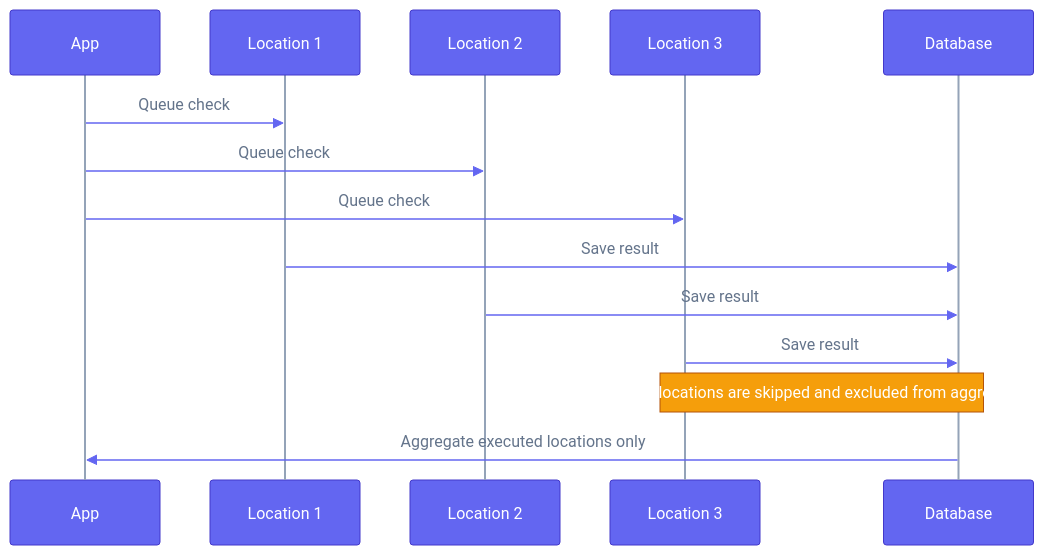
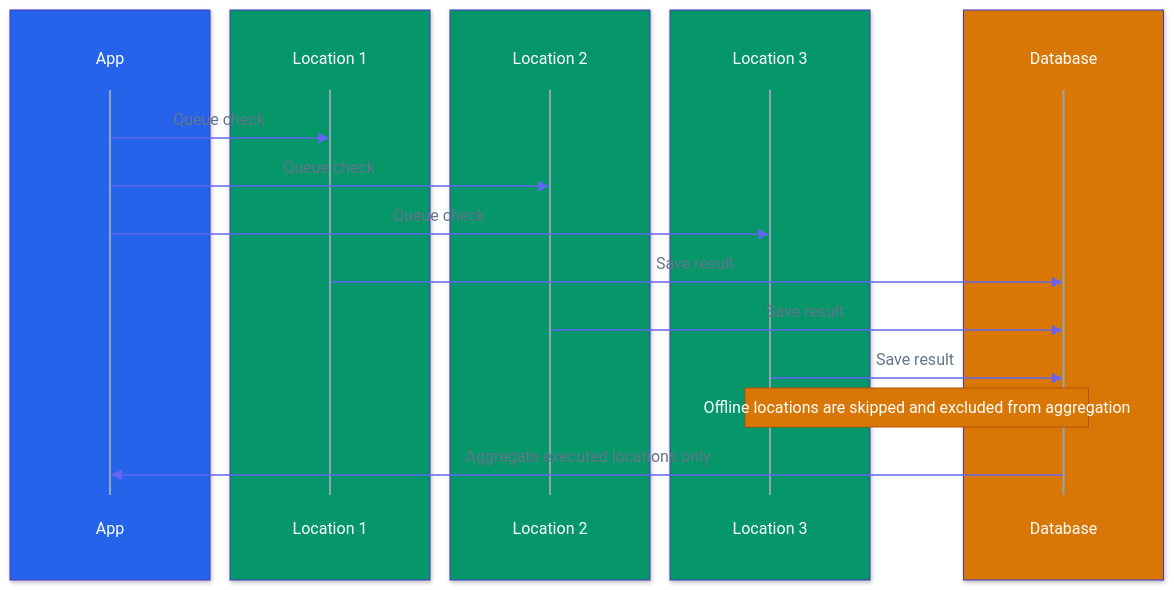
One commit to supercheck-io/supercheck changed the diagram in docs/content/docs/app/monitor.mdx. Above: the diagram before and after it, drawn with Mermaid. The commit also changed 14 other files, not shown here.

First line of the commit message:
docs: reorganize architecture diagram and add color to sequence diagrams

````diff
--- a/docs/content/docs/app/monitor.mdx
+++ b/docs/content/docs/app/monitor.mdx
@@ -172,18 +172,28 @@
 ```mermaid
-%%{init: {"theme":"base","themeVariables":{"fontFamily":"ui-sans-serif, system-ui, -apple-system, Segoe UI, Roboto, sans-serif","primaryColor":"#6366f1","primaryTextColor":"#ffffff","primaryBorderColor":"#4338ca","lineColor":"#94a3b8","actorBkg":"#6366f1","actorBorder":"#4338ca","actorTextColor":"#ffffff","actorLineColor":"#94a3b8","signalColor":"#6366f1","signalTextColor":"#64748b","labelBoxBkgColor":"#f59e0b","labelBoxBorderColor":"#b45309","labelTextColor":"#ffffff","loopTextColor":"#64748b","activationBkgColor":"#8b5cf6","activationBorderColor":"#6d28d9","noteBkgColor":"#f59e0b","noteBorderColor":"#b45309","noteTextColor":"#ffffff","textColor":"#64748b","mainBkg":"#ffffff"}}}%%
+%%{init: {"theme":"base","themeVariables":{"fontFamily":"ui-sans-serif, system-ui, -apple-system, Segoe UI, Roboto, sans-serif","primaryColor":"#6366f1","primaryTextColor":"#ffffff","primaryBorderColor":"#4338ca","lineColor":"#94a3b8","actorBkg":"transparent","actorBorder":"transparent","actorTextColor":"#ffffff","actorLineColor":"#94a3b8","signalColor":"#6366f1","signalTextColor":"#64748b","labelBoxBkgColor":"#d97706","labelBoxBorderColor":"#b45309","labelTextColor":"#ffffff","loopTextColor":"#64748b","activationBkgColor":"#7c3aed","activationBorderColor":"#6d28d9","noteBkgColor":"#d97706","noteBorderColor":"#b45309","noteTextColor":"#ffffff","textColor":"#64748b","mainBkg":"#ffffff"}}}%%
 sequenceDiagram
-    participant App
-    participant L1 as Location 1
-    participant L2 as Location 2
-    participant L3 as Location 3
-    participant DB as Database
+    box rgb(37,99,235)
+        participant App
+    end
+    box rgb(5,150,105)
+        participant L1 as Location 1
+    end
+    box rgb(5,150,105)
+        participant L2 as Location 2
+    end
+    box rgb(5,150,105)
+        participant L3 as Location 3
+    end
+    box rgb(217,119,6)
+        participant DB as Database
+    end
 
     App->>L1: Queue check
     App->>L2: Queue check
     App->>L3: Queue check
     L1->>DB: Save result
     L2->>DB: Save result
     L3->>DB: Save result
     Note over L3,DB: Offline locations are skipped and excluded from aggregation
     DB->>App: Aggregate executed locations only
 ```
````
